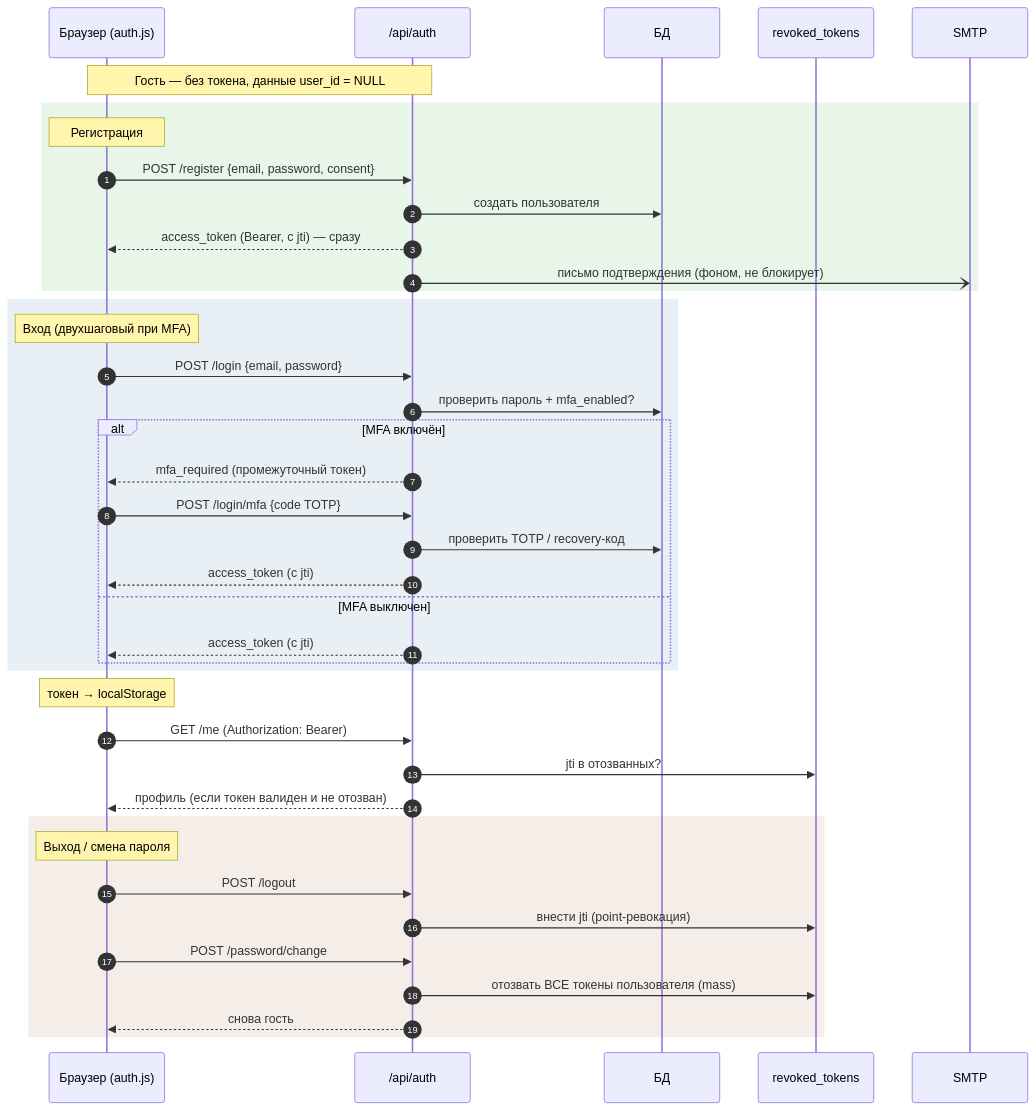
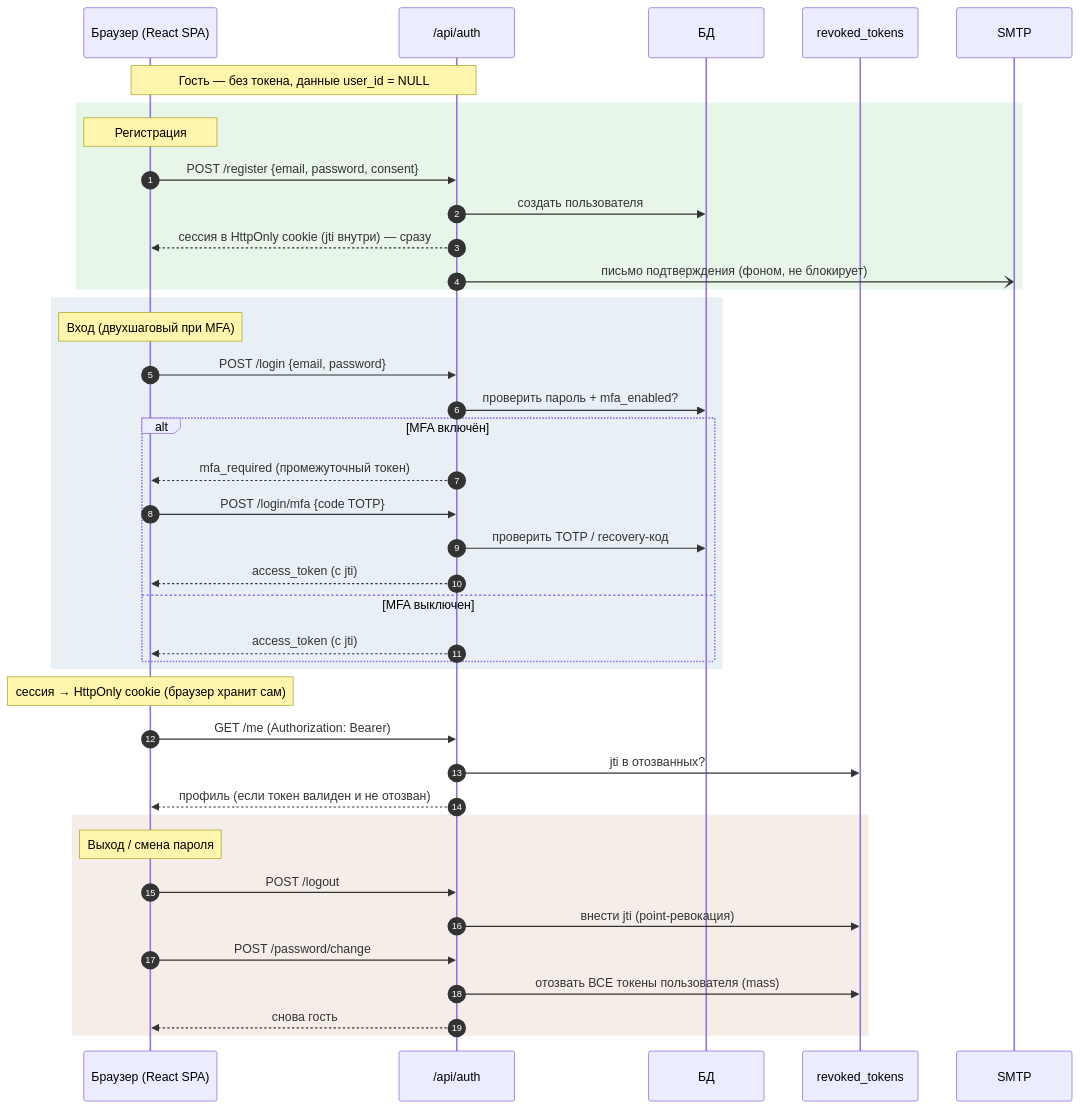
Before and after one commit to vevdokimovm/personal-finance-dss: the eighth of 10 diagrams in docs/diagrams.md, drawn with Mermaid. The commit also changed other lines of this file and 534 other files, not shown here.

````diff
--- a/docs/diagrams.md
+++ b/docs/diagrams.md
@@ -451,48 +497,48 @@
 ```mermaid
 sequenceDiagram
     autonumber
-    participant U as Браузер (auth.js)
+    participant U as Браузер (React SPA)
     participant API as /api/auth
     participant DB as БД
     participant Rev as revoked_tokens
     participant Mail as SMTP
 
     Note over U,API: Гость — без токена, данные user_id = NULL
 
     rect rgb(232, 245, 233)
     Note over U: Регистрация
     U->>API: POST /register {email, password, consent}
     API->>DB: создать пользователя
-    API-->>U: access_token (Bearer, с jti) — сразу
+    API-->>U: сессия в HttpOnly cookie (jti внутри) — сразу
     API-)Mail: письмо подтверждения (фоном, не блокирует)
     end
 
     rect rgb(232, 240, 245)
     Note over U: Вход (двухшаговый при MFA)
     U->>API: POST /login {email, password}
     API->>DB: проверить пароль + mfa_enabled?
     alt MFA включён
         API-->>U: mfa_required (промежуточный токен)
         U->>API: POST /login/mfa {code TOTP}
         API->>DB: проверить TOTP / recovery-код
         API-->>U: access_token (с jti)
     else MFA выключен
         API-->>U: access_token (с jti)
     end
     end
 
-    Note over U: токен → localStorage
+    Note over U: сессия → HttpOnly cookie (браузер хранит сам)
 
     U->>API: GET /me (Authorization: Bearer)
     API->>Rev: jti в отозванных?
     API-->>U: профиль (если токен валиден и не отозван)
 
     rect rgb(245, 238, 232)
     Note over U: Выход / смена пароля
     U->>API: POST /logout
     API->>Rev: внести jti (point-ревокация)
     U->>API: POST /password/change
     API->>Rev: отозвать ВСЕ токены пользователя (mass)
     API-->>U: снова гость
     end
 ```
````
